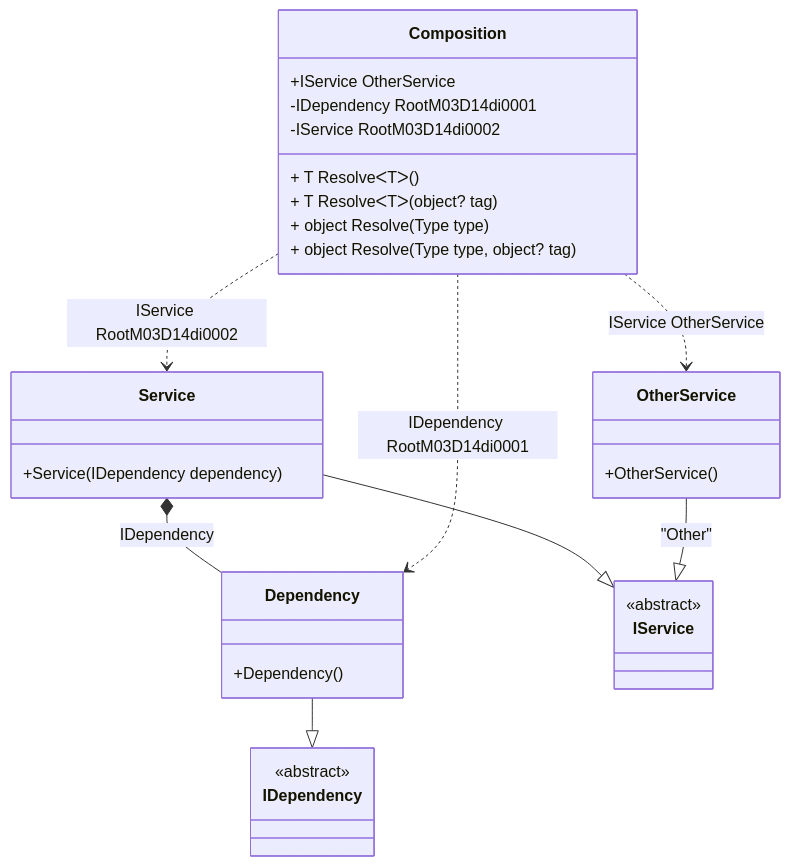
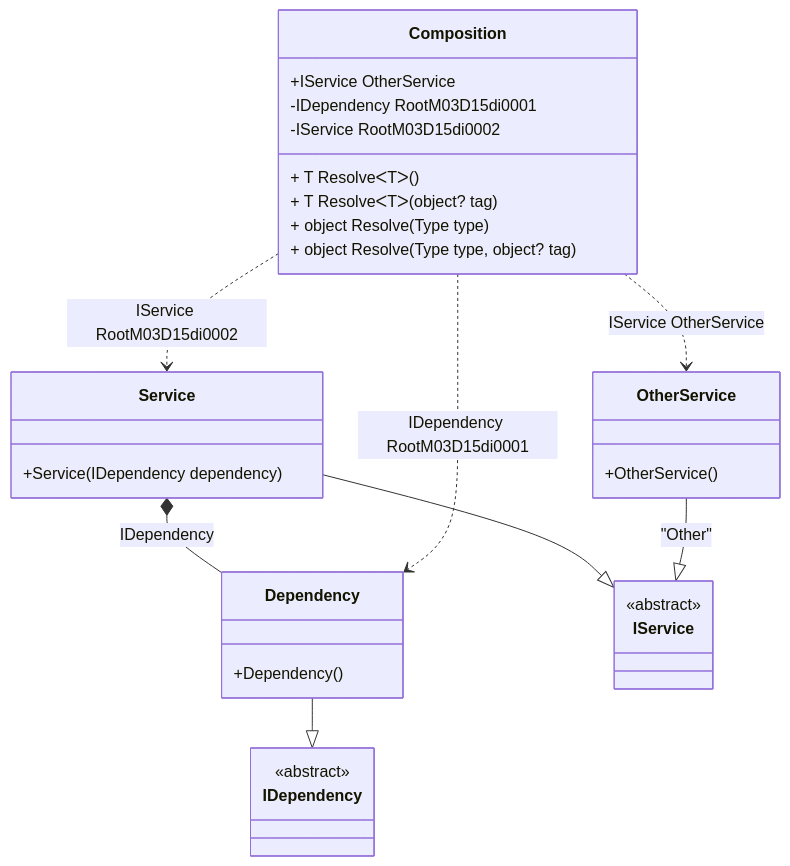
Before and after one commit to DevTeam/Pure.DI: the diagram in readme/resolve-methods.md, drawn with Mermaid. The commit also changed other lines of this file and 90 other files, not shown here.

````diff
--- a/readme/resolve-methods.md
+++ b/readme/resolve-methods.md
@@ -45,34 +45,34 @@
 ```mermaid
 classDiagram
   class Composition {
     +IService OtherService
-    -IDependency RootM03D14di0001
-    -IService RootM03D14di0002
+    -IDependency RootM03D15di0001
+    -IService RootM03D15di0002
     + T ResolveᐸTᐳ()
     + T ResolveᐸTᐳ(object? tag)
     + object Resolve(Type type)
     + object Resolve(Type type, object? tag)
   }
   Dependency --|> IDependency : 
   class Dependency {
     +Dependency()
   }
   Service --|> IService : 
   class Service {
     +Service(IDependency dependency)
   }
   OtherService --|> IService : "Other" 
   class OtherService {
     +OtherService()
   }
   class IDependency {
     <<abstract>>
   }
   class IService {
     <<abstract>>
   }
   Service *--  Dependency : IDependency
-  Composition ..> Dependency : IDependency RootM03D14di0001
-  Composition ..> Service : IService RootM03D14di0002
+  Composition ..> Dependency : IDependency RootM03D15di0001
+  Composition ..> Service : IService RootM03D15di0002
   Composition ..> OtherService : IService OtherService
 ```
````
